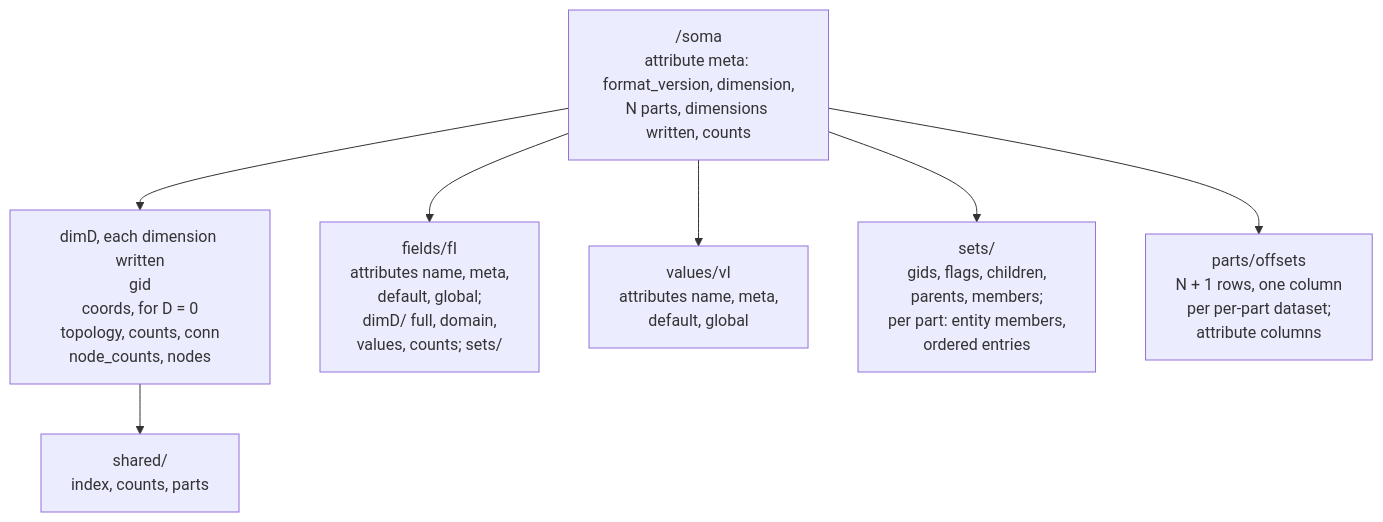
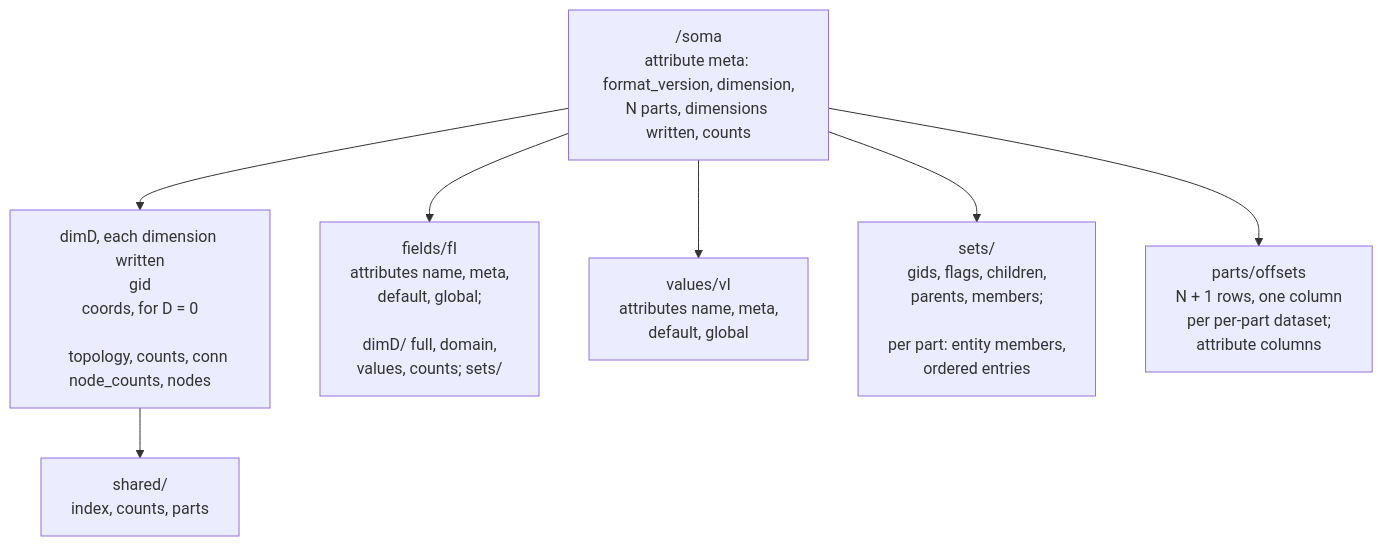
One commit to vijaysm/soma changed the diagram in docs/io/soma-format.md. Above: the diagram before and after it, drawn with Mermaid. The commit also changed 12 other files, not shown here.

````diff
--- a/docs/io/soma-format.md
+++ b/docs/io/soma-format.md
@@ -225,10 +225,18 @@
 ```mermaid
 flowchart TB
   root["/soma<br/>attribute meta: format_version, dimension,<br/>N parts, dimensions written, counts"]
-  root --> dim["dimD, each dimension written<br/>gid<br/>coords, for D = 0<br/>topology, counts, conn<br/>node_counts, nodes"]
-  root --> fields["fields/fI<br/>attributes name, meta,<br/>default, global;<br/>dimD/ full, domain,<br/>values, counts; sets/"]
-  root --> values["values/vI<br/>attributes name, meta,<br/>default, global"]
-  root --> sets["sets/<br/>gids, flags, children,<br/>parents, members;<br/>per part: entity members,<br/>ordered entries"]
-  root --> parts["parts/offsets<br/>N + 1 rows, one column<br/>per per-part dataset;<br/>attribute columns"]
+  dim["dimD, each dimension written<br/>gid<br/>coords, for D = 0<br/>
+    topology, counts, conn<br/>node_counts, nodes"]
+  fields["fields/fI<br/>attributes name, meta,<br/>default, global;<br/>
+    dimD/ full, domain,<br/>values, counts; sets/"]
+  values["values/vI<br/>attributes name, meta,<br/>default, global"]
+  sets["sets/<br/>gids, flags, children,<br/>parents, members;<br/>
+    per part: entity members,<br/>ordered entries"]
+  root --> dim
+  root --> fields
+  root --> values
+  root --> sets
+  parts["parts/offsets<br/>N + 1 rows, one column<br/>per per-part dataset;<br/>attribute columns"]
+  root --> parts
   dim --> shared["shared/<br/>index, counts, parts"]
 ```
````
